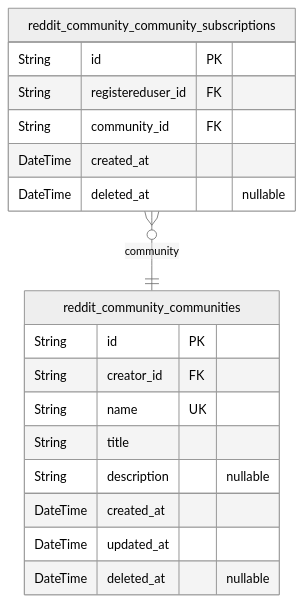
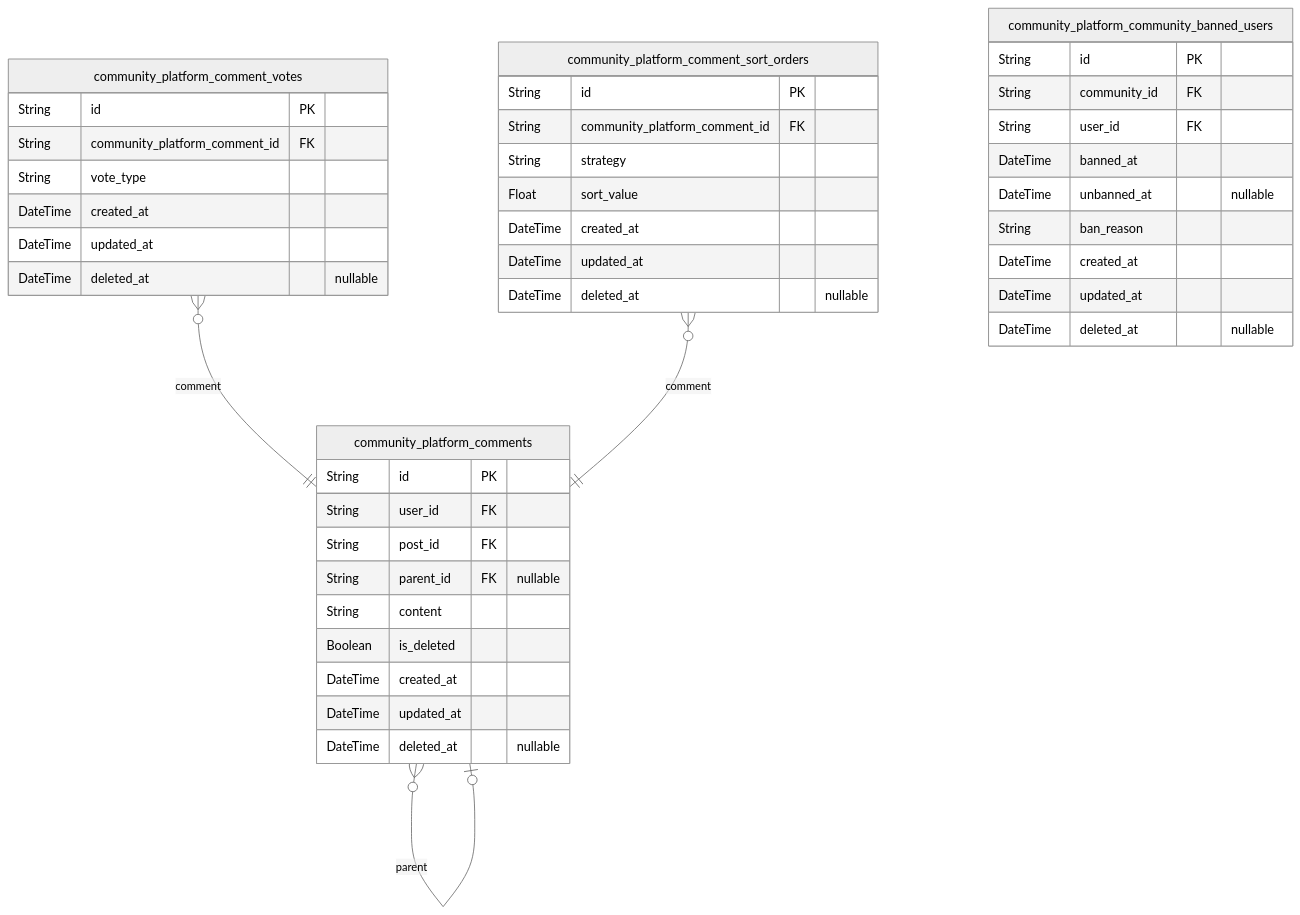
The fifth of 7 diagrams in openai/gpt-4.1-mini/reddit/docs/ERD.md (wrtnlabs/autobe-examples), drawn with Mermaid (neutral theme) before and after one commit. The commit also changed other lines of this file and 23872 other files, not shown here.

````diff
--- a/openai/gpt-4.1-mini/reddit/docs/ERD.md
+++ b/openai/gpt-4.1-mini/reddit/docs/ERD.md
@@ -278,21 +1047,45 @@
 ```mermaid
 erDiagram
-"reddit_community_communities" {
+"community_platform_comments" {
   String id PK
-  String creator_id FK
-  String name UK
-  String title
-  String description "nullable"
+  String user_id FK
+  String post_id FK
+  String parent_id FK "nullable"
+  String content
+  Boolean is_deleted
   DateTime created_at
   DateTime updated_at
   DateTime deleted_at "nullable"
 }
-"reddit_community_community_subscriptions" {
+"community_platform_comment_votes" {
   String id PK
-  String registereduser_id FK
-  String community_id FK
+  String community_platform_comment_id FK
+  String vote_type
   DateTime created_at
+  DateTime updated_at
   DateTime deleted_at "nullable"
 }
-"reddit_community_community_subscriptions" }o--|| "reddit_community_communities" : community
+"community_platform_comment_sort_orders" {
+  String id PK
+  String community_platform_comment_id FK
+  String strategy
+  Float sort_value
+  DateTime created_at
+  DateTime updated_at
+  DateTime deleted_at "nullable"
+}
+"community_platform_community_banned_users" {
+  String id PK
+  String community_id FK
+  String user_id FK
+  DateTime banned_at
+  DateTime unbanned_at "nullable"
+  String ban_reason
+  DateTime created_at
+  DateTime updated_at
+  DateTime deleted_at "nullable"
+}
+"community_platform_comments" }o--o| "community_platform_comments" : parent
+"community_platform_comment_votes" }o--|| "community_platform_comments" : comment
+"community_platform_comment_sort_orders" }o--|| "community_platform_comments" : comment
 ```
````
